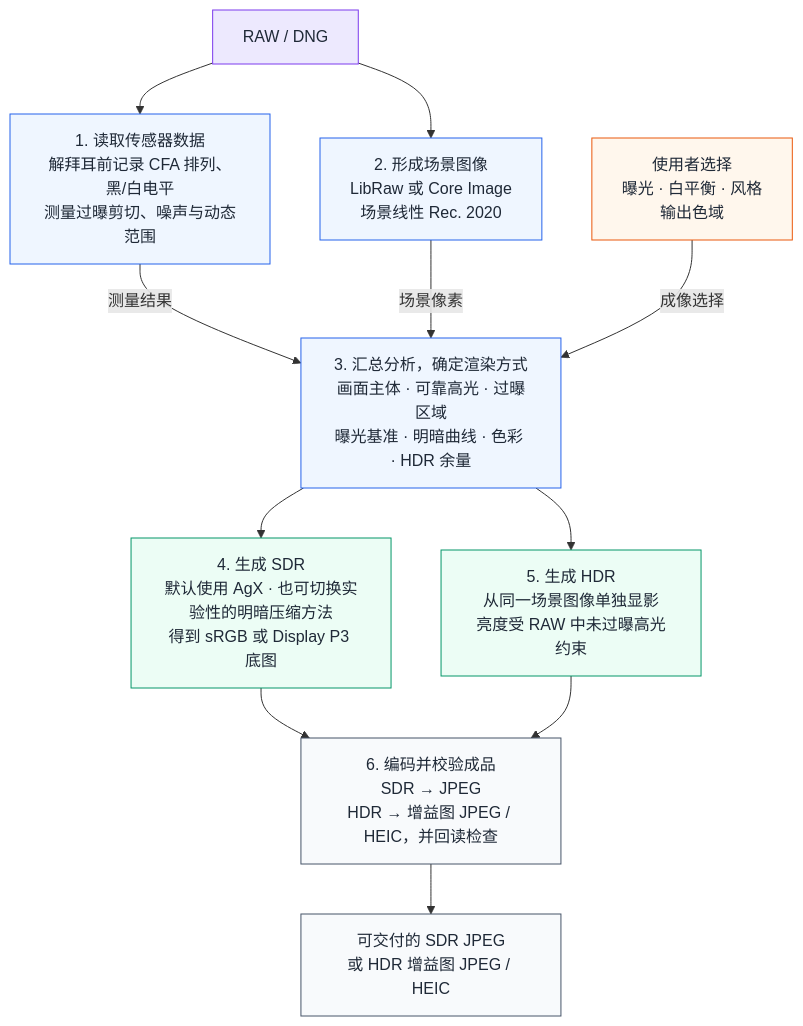
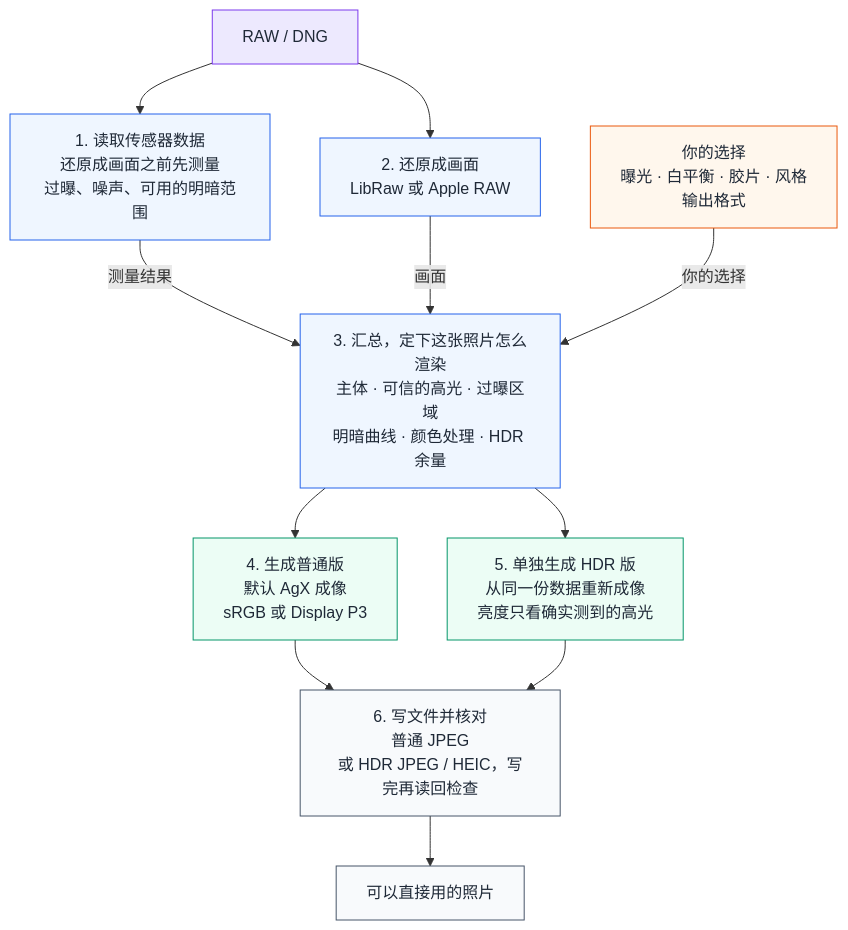
Before and after one commit to Gen-416/AgXRAW: the diagram in README.zh-CN.md, drawn with Mermaid. The commit also changed other lines of this file and 16 other files, not shown here.

````diff
--- a/README.zh-CN.md
+++ b/README.zh-CN.md
@@ -248,34 +140,34 @@
 ```mermaid
 flowchart TB
     RAW["RAW / DNG"]
-    E["1. 读取传感器数据<br/>解拜耳前记录 CFA 排列、黑/白电平<br/>测量过曝剪切、噪声与动态范围"]
-    D["2. 形成场景图像<br/>LibRaw 或 Core Image<br/>场景线性 Rec. 2020"]
-    I["使用者选择<br/>曝光 · 白平衡 · 风格<br/>输出色域"]
-    P["3. 汇总分析，确定渲染方式<br/>画面主体 · 可靠高光 · 过曝区域<br/>曝光基准 · 明暗曲线 · 色彩 · HDR 余量"]
-    S["4. 生成 SDR<br/>默认使用 AgX · 也可切换实验性的明暗压缩方法<br/>得到 sRGB 或 Display P3 底图"]
-    H["5. 生成 HDR<br/>从同一场景图像单独显影<br/>亮度受 RAW 中未过曝高光约束"]
-    V["6. 编码并校验成品<br/>SDR → JPEG<br/>HDR → 增益图 JPEG / HEIC，并回读检查"]
-    OUT["可交付的 SDR JPEG<br/>或 HDR 增益图 JPEG / HEIC"]
+    E["1. 读取传感器数据<br/>还原成画面之前先测量<br/>过曝、噪声、可用的明暗范围"]
+    D["2. 还原成画面<br/>LibRaw 或 Apple RAW"]
+    I["你的选择<br/>曝光 · 白平衡 · 胶片 · 风格<br/>输出格式"]
+    P["3. 汇总，定下这张照片怎么渲染<br/>主体 · 可信的高光 · 过曝区域<br/>明暗曲线 · 颜色处理 · HDR 余量"]
+    S["4. 生成普通版<br/>默认 AgX 成像<br/>sRGB 或 Display P3"]
+    H["5. 单独生成 HDR 版<br/>从同一份数据重新成像<br/>亮度只看确实测到的高光"]
+    V["6. 写文件并核对<br/>普通 JPEG<br/>或 HDR JPEG / HEIC，写完再读回检查"]
+    OUT["可以直接用的照片"]
 
     RAW --> E
     RAW --> D
     E -- "测量结果" --> P
-    D -- "场景像素" --> P
-    I -- "成像选择" --> P
+    D -- "画面" --> P
+    I -- "你的选择" --> P
     P --> S
     P --> H
     S --> V
     H --> V
     V --> OUT
 
     classDef source fill:#ede9fe,stroke:#7c3aed,color:#1f2937
     classDef process fill:#eff6ff,stroke:#2563eb,color:#1f2937
     classDef intent fill:#fff7ed,stroke:#ea580c,color:#1f2937
     classDef render fill:#ecfdf5,stroke:#059669,color:#1f2937
     classDef delivery fill:#f8fafc,stroke:#475569,color:#1f2937
     class RAW source
     class E,D,P process
     class I intent
     class S,H render
     class V,OUT delivery
 ```
````
